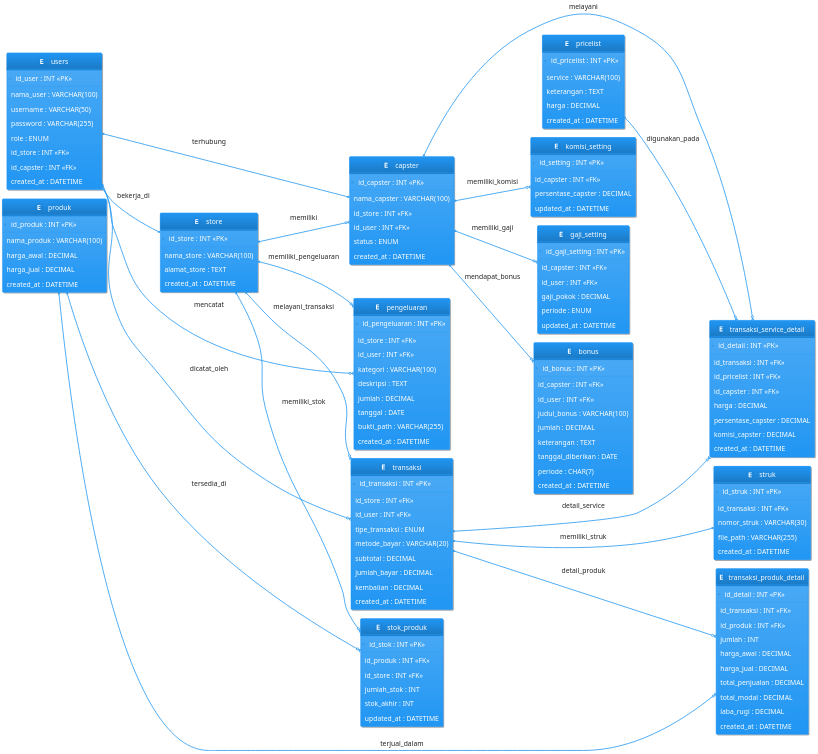
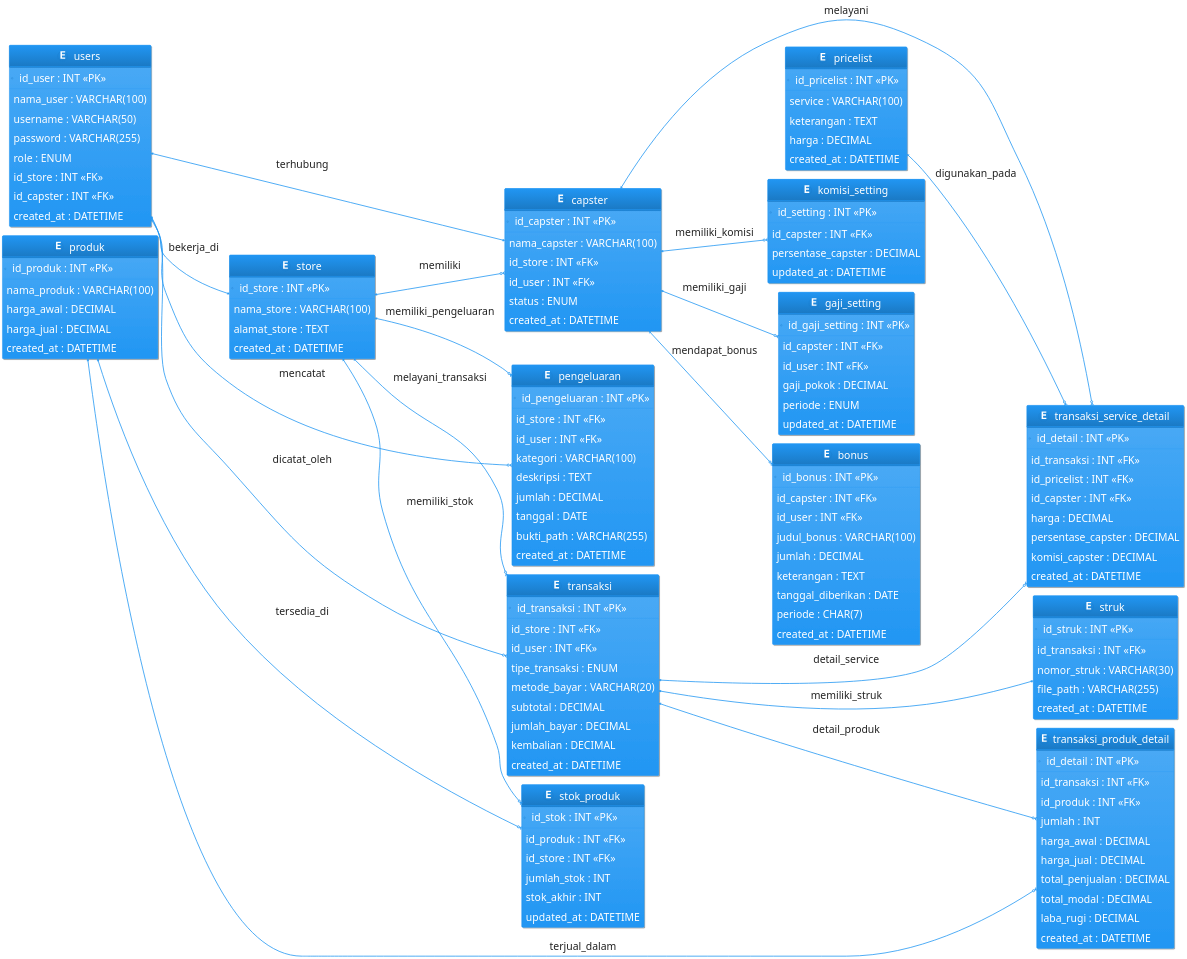
One commit to fermanferdaus/sikabar changed the diagram in barbershop.erd.puml. Above: the diagram before and after it, drawn with PlantUML. The commit also changed 5 other files, not shown here.

```diff
--- a/barbershop.erd.puml
+++ b/barbershop.erd.puml
@@ -2,14 +2,14 @@
 !theme materia
 
 skinparam defaultFontName "Consolas"
-skinparam defaultFontSize 26
+skinparam defaultFontSize 40
 skinparam entity {
-  FontSize 24
+  FontSize 39
   BackgroundColor #FFFFFF
   BorderColor #555555
 }
 skinparam note {
-  FontSize 22
+  FontSize 36
 }
 
 left to right direction
```
